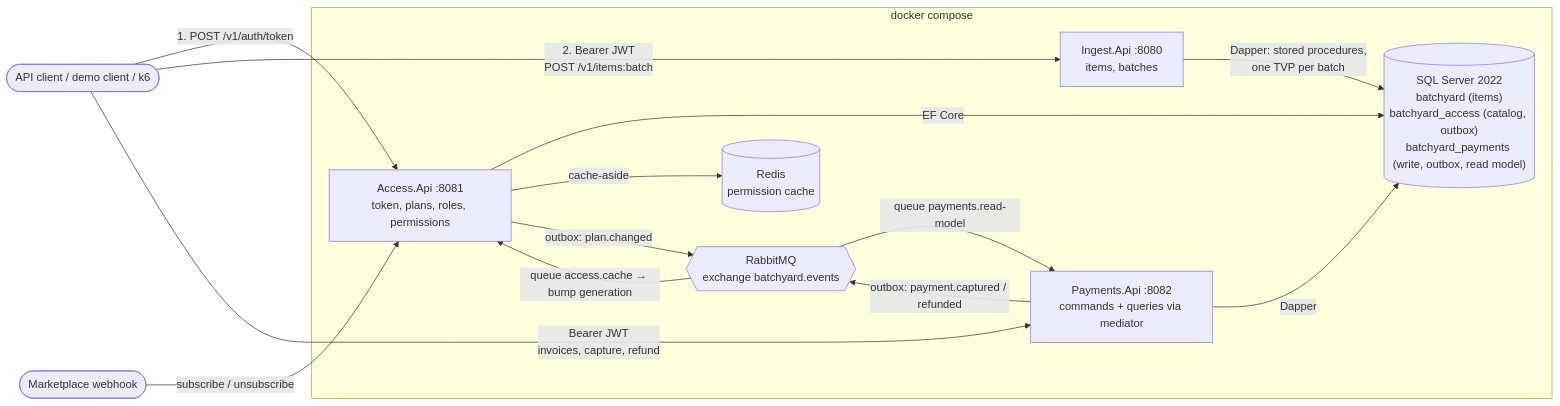
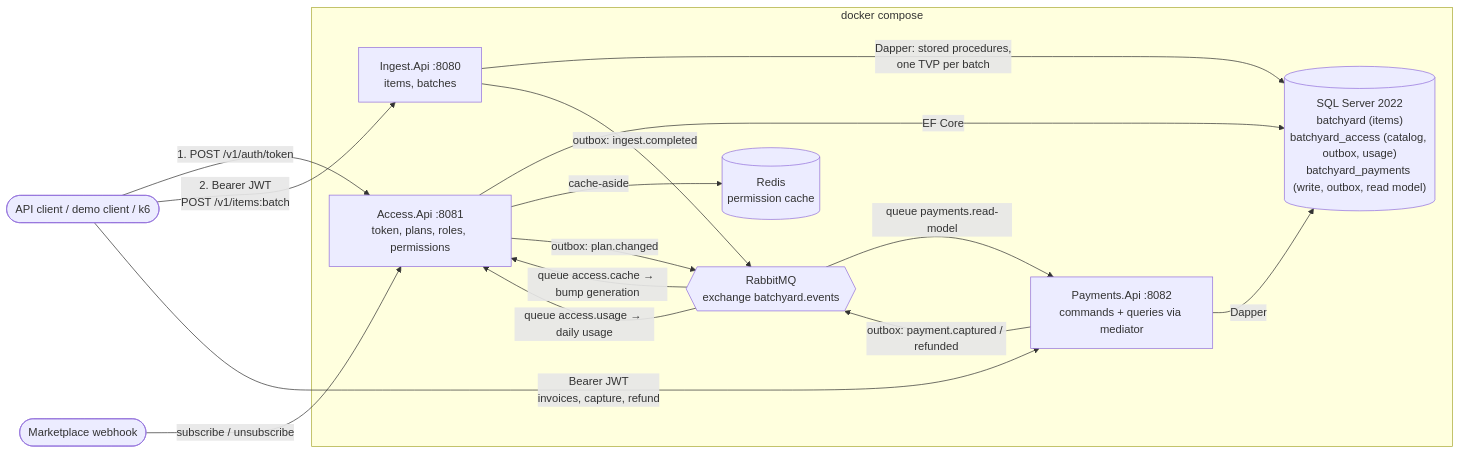
Before and after one commit to Arggon/dotnet-batchyard: the first of 5 diagrams in docs/architecture.md, drawn with Mermaid. The commit also changed 12 other files, not shown here.

Commit message:
feat(access): usage meter consumes ingest.completed (ADR 0018)

````diff
--- a/docs/architecture.md
+++ b/docs/architecture.md
@@ -7,25 +7,27 @@
 ```mermaid
 flowchart LR
     client([API client / demo client / k6])
     market([Marketplace webhook])
     subgraph compose [docker compose]
         access["Access.Api :8081<br/>token, plans, roles, permissions"]
         api["Ingest.Api :8080<br/>items, batches"]
         payments["Payments.Api :8082<br/>commands + queries via mediator"]
-        db[("SQL Server 2022<br/>batchyard (items)<br/>batchyard_access (catalog, outbox)<br/>batchyard_payments (write, outbox, read model)")]
+        db[("SQL Server 2022<br/>batchyard (items)<br/>batchyard_access (catalog, outbox, usage)<br/>batchyard_payments (write, outbox, read model)")]
         redis[("Redis<br/>permission cache")]
         mq{{"RabbitMQ<br/>exchange batchyard.events"}}
     end
     client -->|"1. POST /v1/auth/token"| access
     client -->|"2. Bearer JWT<br/>POST /v1/items:batch"| api
     client -->|"Bearer JWT<br/>invoices, capture, refund"| payments
     market -->|"subscribe / unsubscribe"| access
     access -->|EF Core| db
     access -->|cache-aside| redis
     api -->|"Dapper: stored procedures,<br/>one TVP per batch"| db
     payments -->|Dapper| db
     payments -->|"outbox: payment.captured / refunded"| mq
     access -->|"outbox: plan.changed"| mq
     mq -->|"queue payments.read-model"| payments
     mq -->|"queue access.cache → bump generation"| access
+    api -->|"outbox: ingest.completed"| mq
+    mq -->|"queue access.usage → daily usage"| access
 ```
````
